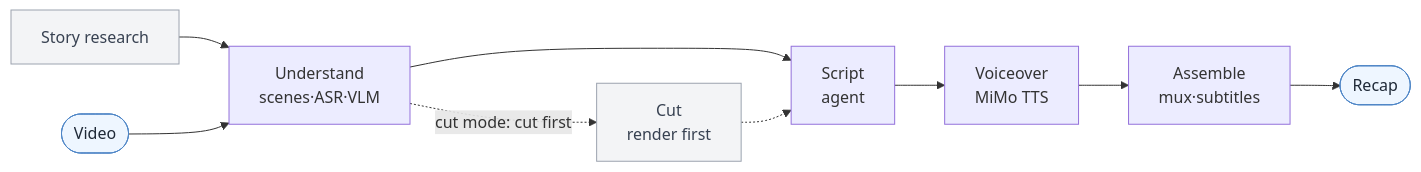
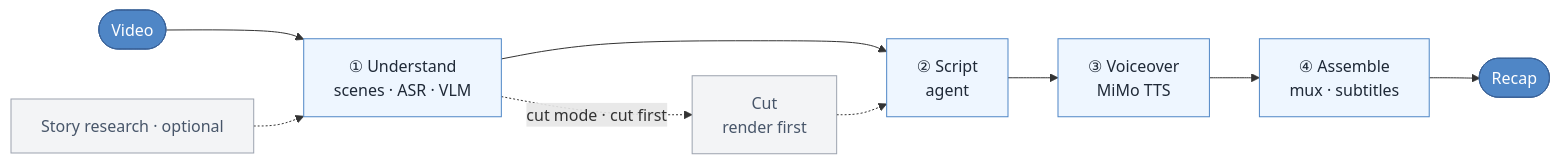
Before and after one commit to worldwonderer/video-recap-skills: the diagram in README.en.md, drawn with Mermaid. The commit also changed other lines of this file and 1 other file, not shown here.

First line of the commit message:
docs: 同步英文 README 到中文 + 重绘流程图 (#44)

````diff
--- a/README.en.md
+++ b/README.en.md
@@ -21,10 +21,13 @@
 ```mermaid
 flowchart LR
-    research["Story research"] --> understand
-    video(["Video"]) --> understand["Understand<br/>scenes·ASR·VLM"] --> script["Script<br/>agent"] --> voiceover["Voiceover<br/>MiMo TTS"] --> assemble["Assemble<br/>mux·subtitles"] --> output(["Recap"])
-    understand -. cut mode: cut first .-> cut["Cut<br/>render first"] -.-> script
-    classDef io fill:#eef6ff,stroke:#4f86c6,color:#1f2937;
-    classDef opt fill:#f3f4f6,stroke:#9ca3af,color:#374151;
+    video(["Video"]) --> understand["① Understand<br/>scenes · ASR · VLM"]
+    research["Story research · optional"] -.-> understand
+    understand --> script["② Script<br/>agent"] --> voiceover["③ Voiceover<br/>MiMo TTS"] --> assemble["④ Assemble<br/>mux · subtitles"] --> output(["Recap"])
+    understand -. cut mode · cut first .-> cut["Cut<br/>render first"] -.-> script
+    classDef io fill:#4f86c6,stroke:#3a6298,color:#fff;
+    classDef stage fill:#eef6ff,stroke:#4f86c6,color:#1f2937;
+    classDef opt fill:#f3f4f6,stroke:#9ca3af,color:#475569;
     class video,output io;
+    class understand,script,voiceover,assemble stage;
     class research,cut opt;
 ```
````
